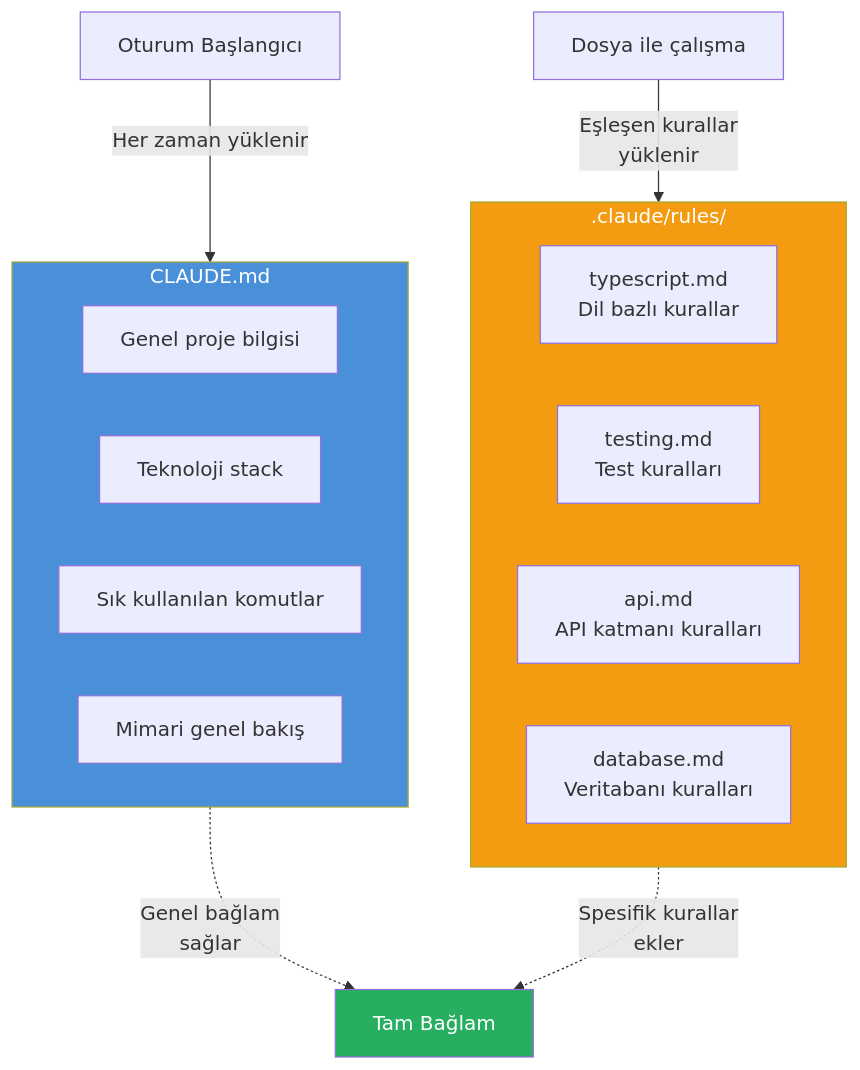
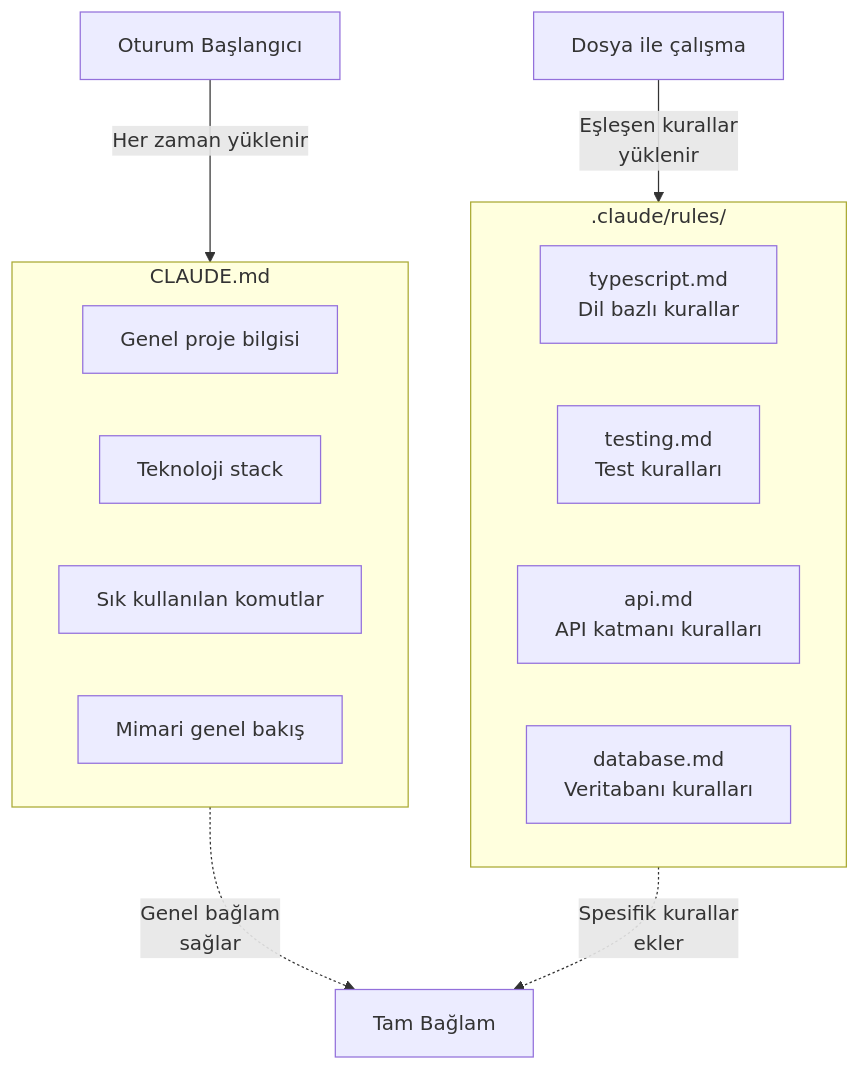
One commit to IzzetYasinAtes/ClaudeCodeHandbook changed the third of 3 diagrams in 09-bellek-ve-baglam/03-kurallar-dizini.md. Above: the diagram before and after it, drawn with Mermaid. The commit also changed other lines of this file and 97 other files, not shown here.

Commit message:
Remove all custom Mermaid style/fill colors from 98 markdown files for consistent dark theme rendering

````diff
--- a/09-bellek-ve-baglam/03-kurallar-dizini.md
+++ b/09-bellek-ve-baglam/03-kurallar-dizini.md
@@ -235,26 +232,23 @@
 ```mermaid
 flowchart TD
     subgraph claude_md ["CLAUDE.md"]
         CM1["Genel proje bilgisi"]
         CM2["Teknoloji stack"]
         CM3["Sık kullanılan komutlar"]
         CM4["Mimari genel bakış"]
     end
 
     subgraph rules [".claude/rules/"]
         R1["typescript.md<br/>Dil bazlı kurallar"]
         R2["testing.md<br/>Test kuralları"]
         R3["api.md<br/>API katmanı kuralları"]
         R4["database.md<br/>Veritabanı kuralları"]
     end
 
     SESSION["Oturum Başlangıcı"] -->|"Her zaman yüklenir"| claude_md
     WORK["Dosya ile çalışma"] -->|"Eşleşen kurallar<br/>yüklenir"| rules
 
     claude_md -.->|"Genel bağlam<br/>sağlar"| CONTEXT["Tam Bağlam"]
     rules -.->|"Spesifik kurallar<br/>ekler"| CONTEXT
 
-    style claude_md fill:#4A90D9,color:#fff
-    style rules fill:#F39C12,color:#fff
-    style CONTEXT fill:#27AE60,color:#fff
 ```
````
